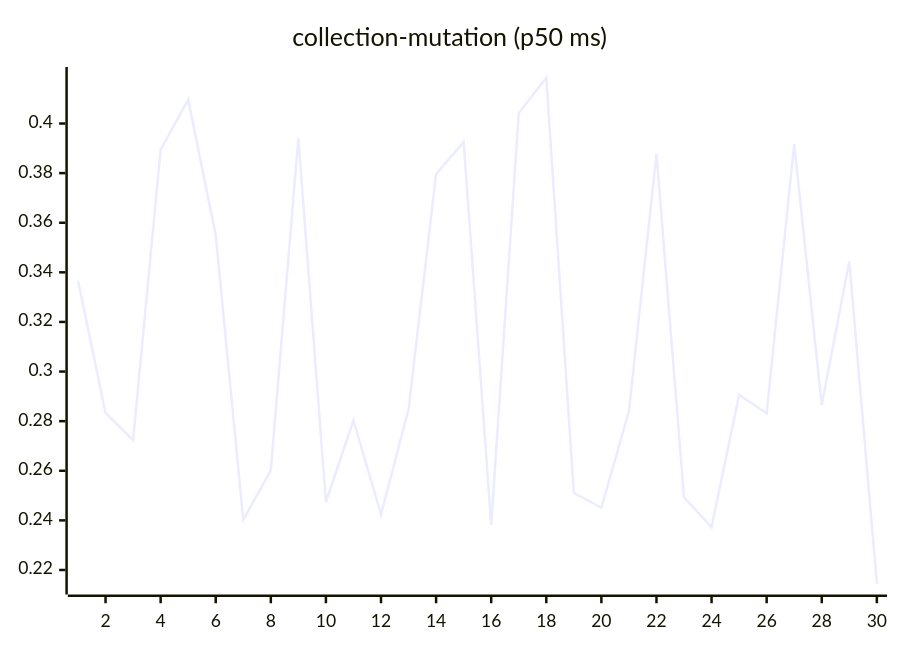
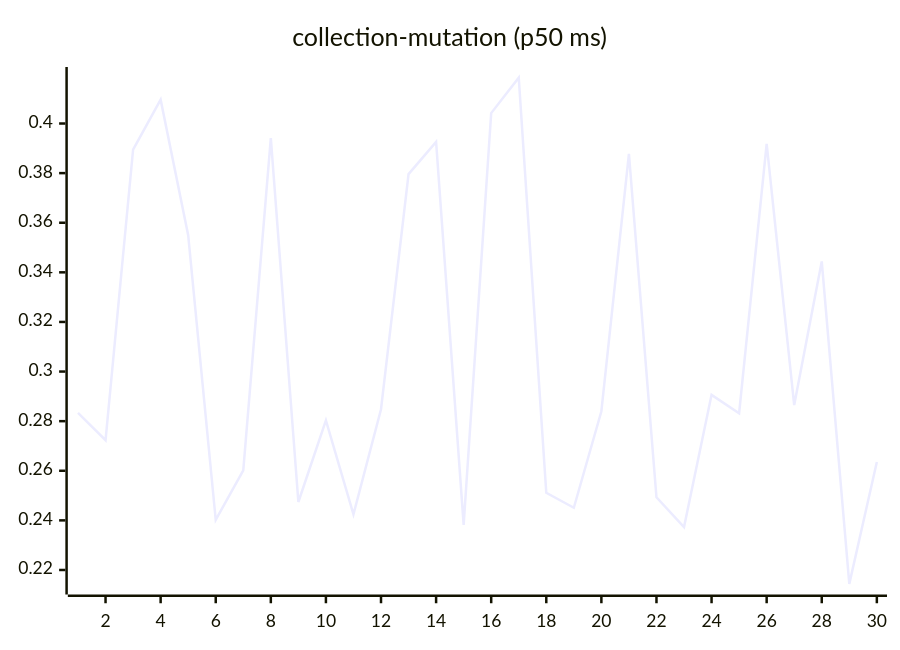
The sixth of 27 diagrams in README.md (josha/Facet), drawn with Mermaid before and after one commit. The commit also changed other lines of this file and 2 other files, not shown here.

````diff
--- a/README.md
+++ b/README.md
@@ -98,6 +98,6 @@
 ```mermaid
 xychart-beta
     title "collection-mutation (p50 ms)"
     x-axis 1 --> 30
-    line [0.3367, 0.2833, 0.2723, 0.3895, 0.4096, 0.3550, 0.2402, 0.2602, 0.3941, 0.2474, 0.2803, 0.2424, 0.2848, 0.3796, 0.3926, 0.2382, 0.4042, 0.4185, 0.2511, 0.2451, 0.2840, 0.3878, 0.2493, 0.2373, 0.2906, 0.2832, 0.3918, 0.2865, 0.3444, 0.2144]
+    line [0.2833, 0.2723, 0.3895, 0.4096, 0.3550, 0.2402, 0.2602, 0.3941, 0.2474, 0.2803, 0.2424, 0.2848, 0.3796, 0.3926, 0.2382, 0.4042, 0.4185, 0.2511, 0.2451, 0.2840, 0.3878, 0.2493, 0.2373, 0.2906, 0.2832, 0.3918, 0.2865, 0.3444, 0.2144, 0.2635]
 ```
````
